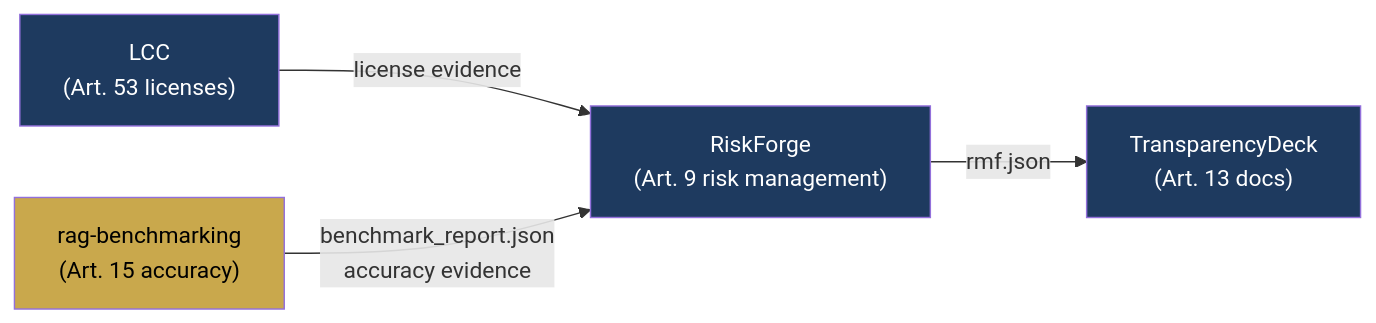
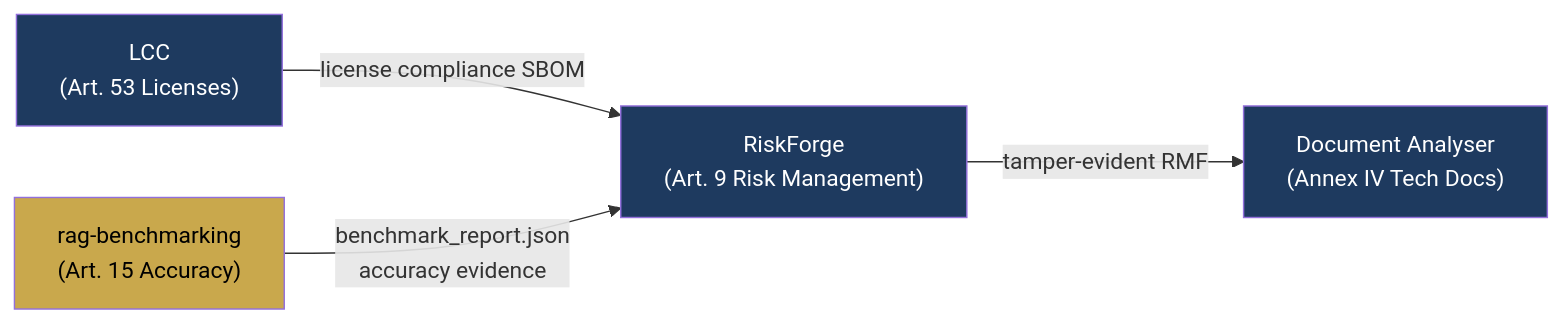
The third of 3 diagrams in README.md (aiexponent/rag-benchmarking), drawn with Mermaid before and after one commit. The commit also changed other lines of this file and 1 other file, not shown here.

````diff
--- a/README.md
+++ b/README.md
@@ -269,16 +233,16 @@
 ```mermaid
 graph LR
-    LCC["LCC\n(Art. 53 licenses)"]
-    RAG["rag-benchmarking\n(Art. 15 accuracy)"]
-    RF["RiskForge\n(Art. 9 risk management)"]
-    TD["TransparencyDeck\n(Art. 13 docs)"]
+    LCC["LCC\n(Art. 53 Licenses)"]
+    RAG["rag-benchmarking\n(Art. 15 Accuracy)"]
+    RF["RiskForge\n(Art. 9 Risk Management)"]
+    DOC["Document Analyser\n(Annex IV Tech Docs)"]
 
-    LCC -->|"license evidence"| RF
+    LCC -->|"license compliance SBOM"| RF
     RAG -->|"benchmark_report.json\naccuracy evidence"| RF
-    RF -->|"rmf.json"| TD
+    RF -->|"tamper-evident RMF"| DOC
 
     style RAG fill:#c9a84c,color:#000
     style LCC fill:#1e3a5f,color:#fff
     style RF fill:#1e3a5f,color:#fff
-    style TD fill:#1e3a5f,color:#fff
+    style DOC fill:#1e3a5f,color:#fff
 ```
````
